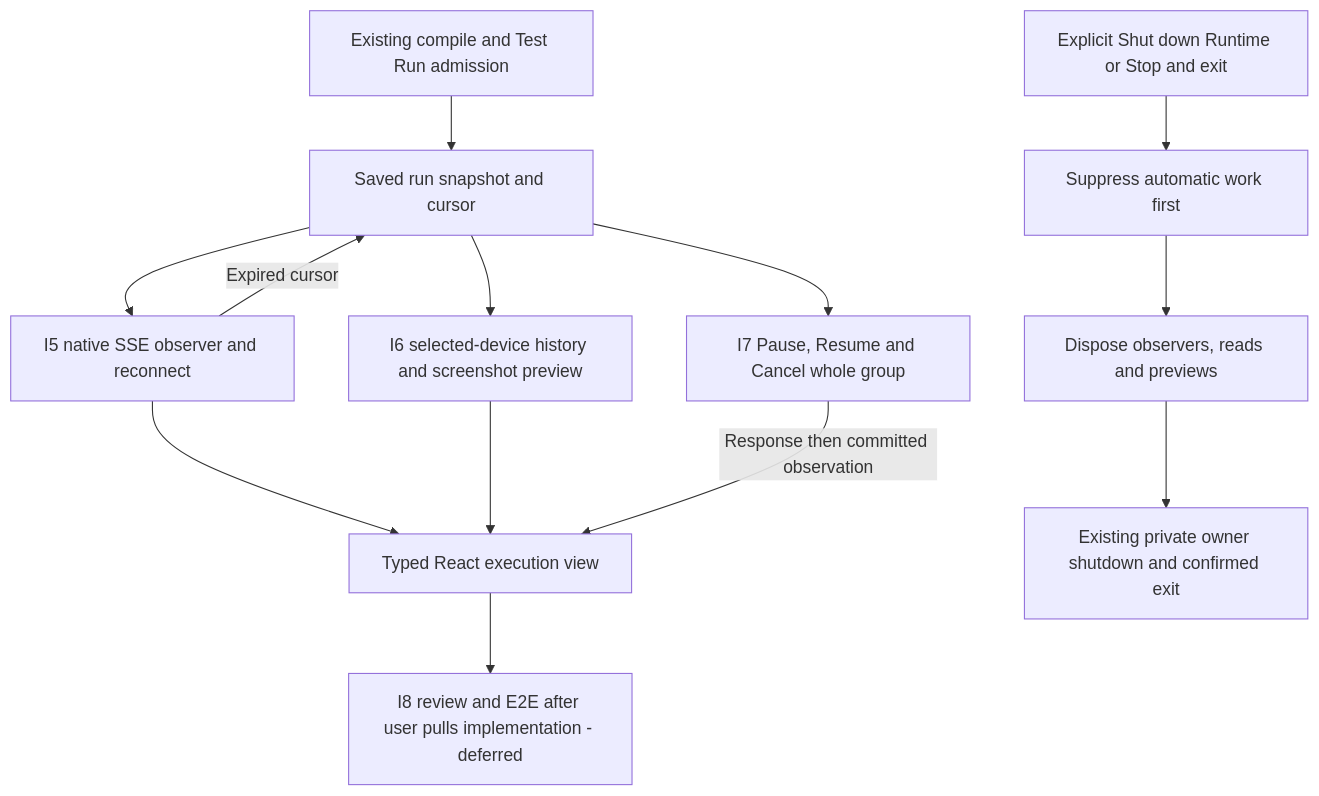
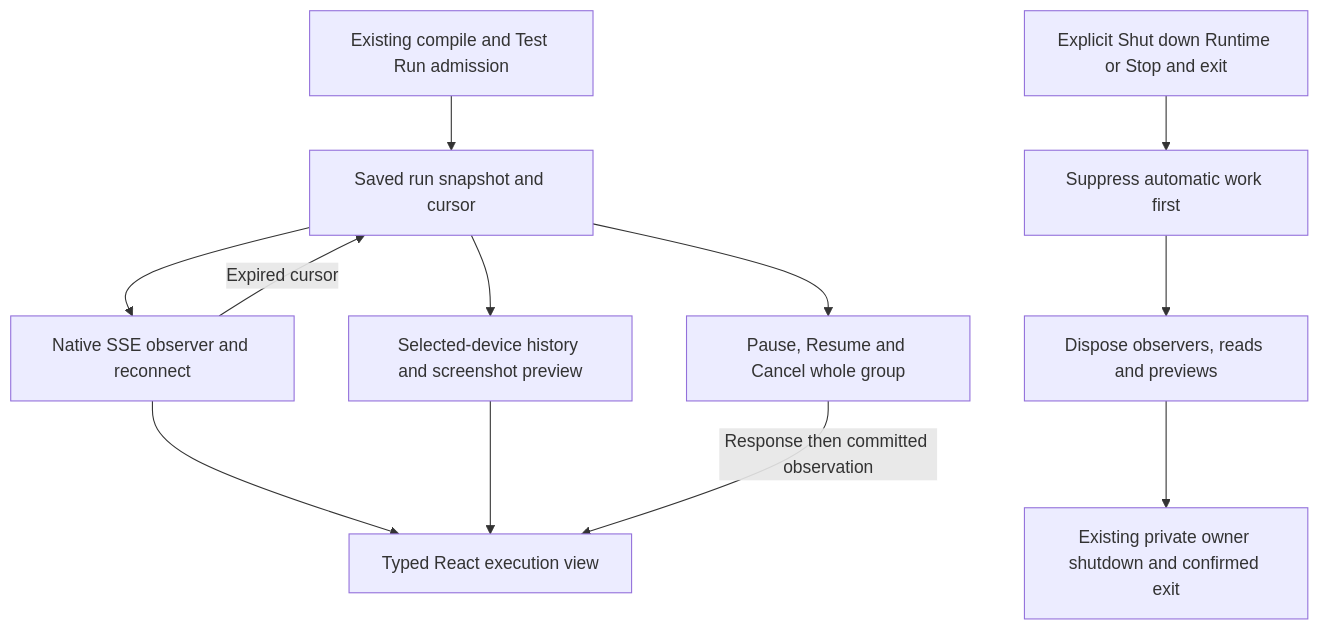
One commit to A2MaTex/a2matex-docs changed the diagram in components/a2matex-runtime/integration/studio_observability.md. Above: the diagram before and after it, drawn with Mermaid. The commit also changed other lines of this file and 23 other files, not shown here.

````diff
--- a/components/a2matex-runtime/integration/studio_observability.md
+++ b/components/a2matex-runtime/integration/studio_observability.md
@@ -17,15 +16,14 @@
 ```mermaid
 flowchart TD
     A[Existing compile and Test Run admission] --> S[Saved run snapshot and cursor]
-    S --> O[I5 native SSE observer and reconnect]
-    S --> I[I6 selected-device history and screenshot preview]
-    S --> C[I7 Pause, Resume and Cancel whole group]
+    S --> O[Native SSE observer and reconnect]
+    S --> I[Selected-device history and screenshot preview]
+    S --> C[Pause, Resume and Cancel whole group]
     O --> V[Typed React execution view]
     I --> V
     C -->|Response then committed observation| V
     O -->|Expired cursor| S
     X[Explicit Shut down Runtime or Stop and exit] --> G[Suppress automatic work first]
     G --> D[Dispose observers, reads and previews]
     D --> P[Existing private owner shutdown and confirmed exit]
-    V --> T[I8 review and E2E after user pulls implementation - deferred]
 ```
````
